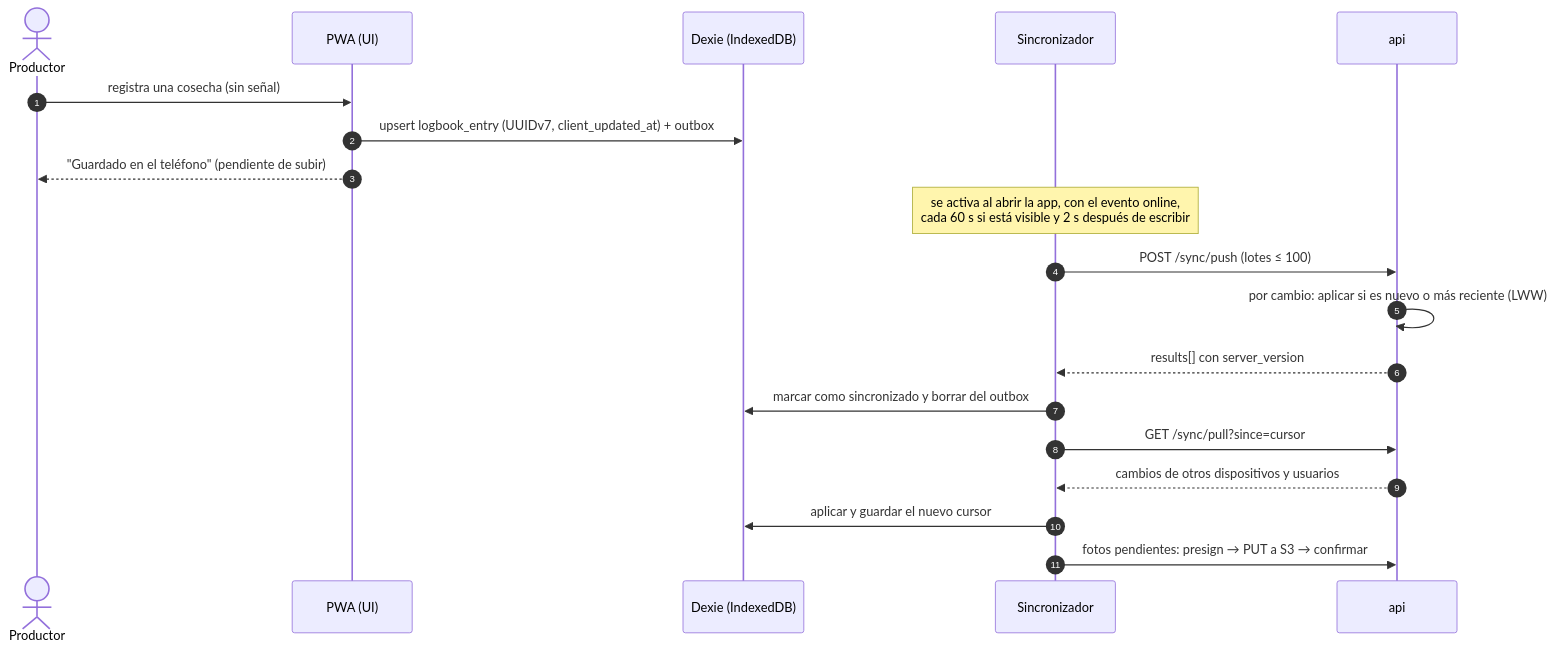
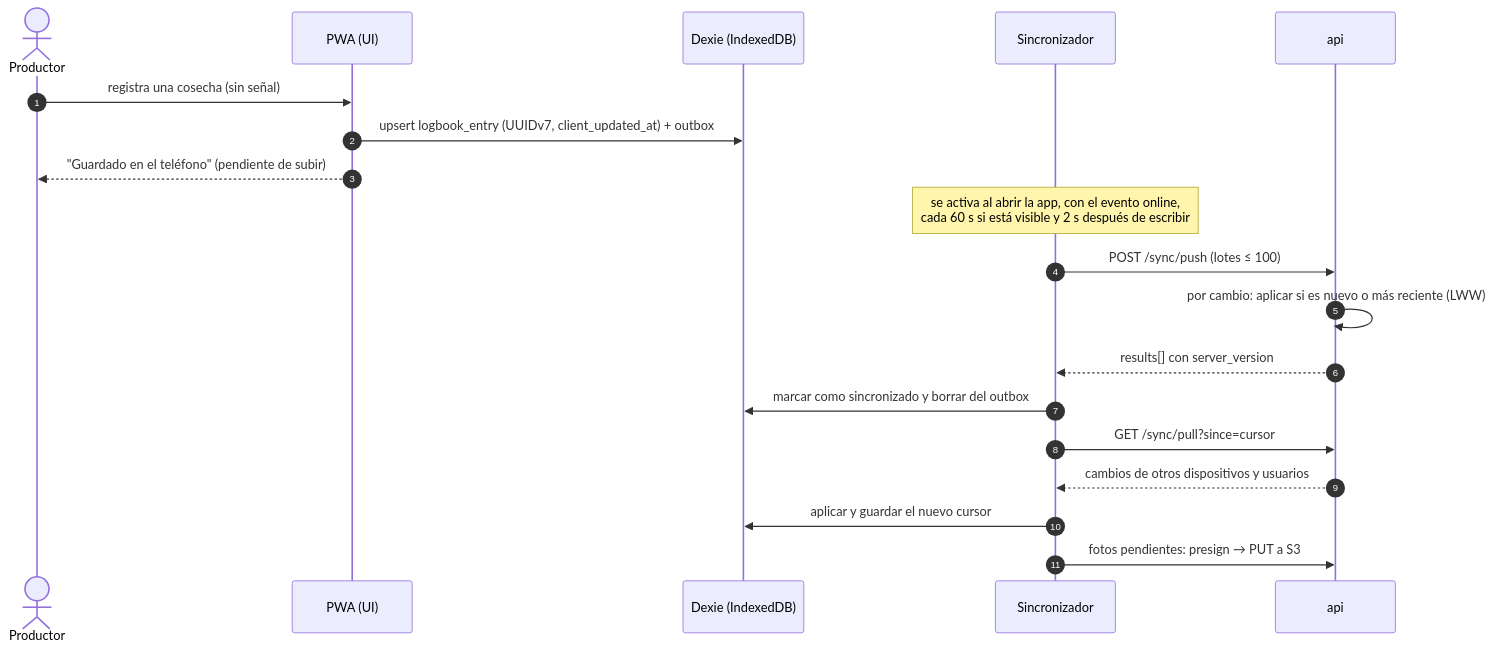
The sixth of 9 diagrams in docs/06-diseno-detallado.md (jab16jy/techcamp-v2), drawn with Mermaid before and after one commit. The commit also changed other lines of this file and 3 other files, not shown here.

````diff
--- a/docs/06-diseno-detallado.md
+++ b/docs/06-diseno-detallado.md
@@ -286,22 +286,22 @@
 ```mermaid
 sequenceDiagram
   autonumber
   actor U as Productor
   participant UI as PWA (UI)
   participant L as Dexie (IndexedDB)
   participant S as Sincronizador
   participant API as api
 
   U->>UI: registra una cosecha (sin señal)
   UI->>L: upsert logbook_entry (UUIDv7, client_updated_at) + outbox
   UI-->>U: "Guardado en el teléfono" (pendiente de subir)
   Note over S: se activa al abrir la app, con el evento online,<br/>cada 60 s si está visible y 2 s después de escribir
   S->>API: POST /sync/push (lotes ≤ 100)
   API->>API: por cambio: aplicar si es nuevo o más reciente (LWW)
   API-->>S: results[] con server_version
   S->>L: marcar como sincronizado y borrar del outbox
   S->>API: GET /sync/pull?since=cursor
   API-->>S: cambios de otros dispositivos y usuarios
   S->>L: aplicar y guardar el nuevo cursor
-  S->>API: fotos pendientes: presign → PUT a S3 → confirmar
+  S->>API: fotos pendientes: presign → PUT a S3
 ```
````
